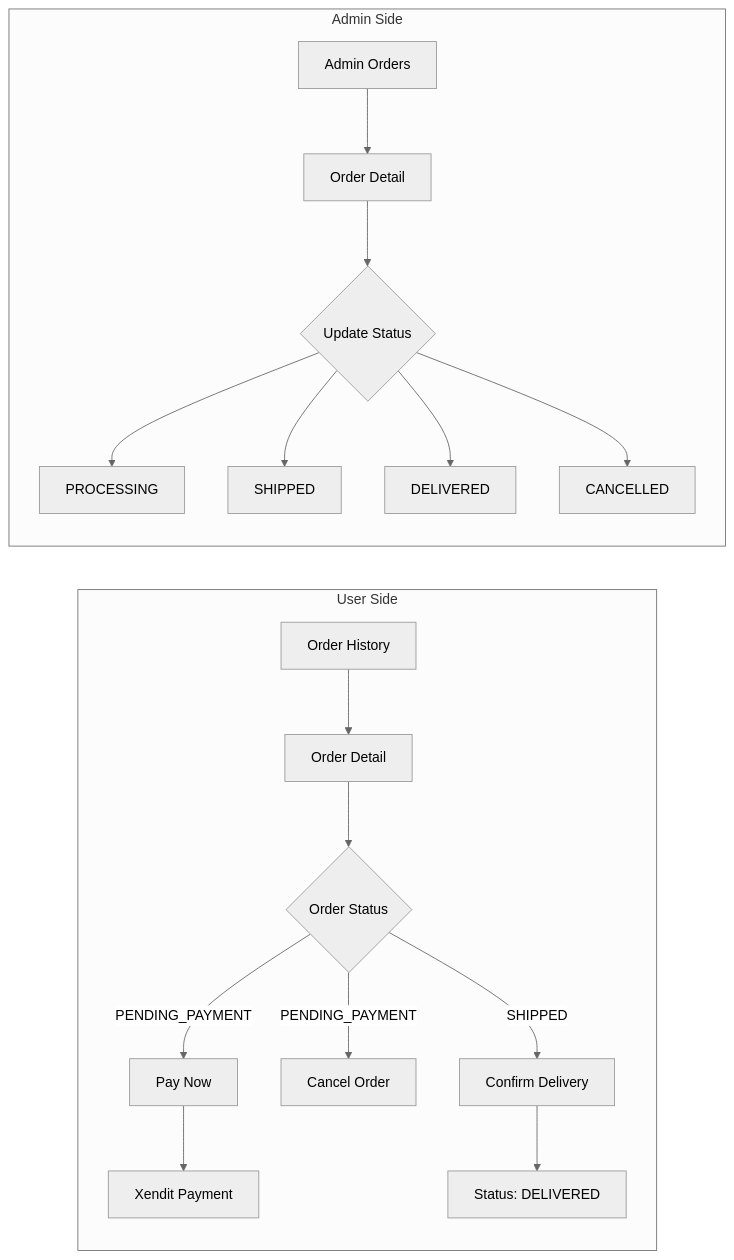
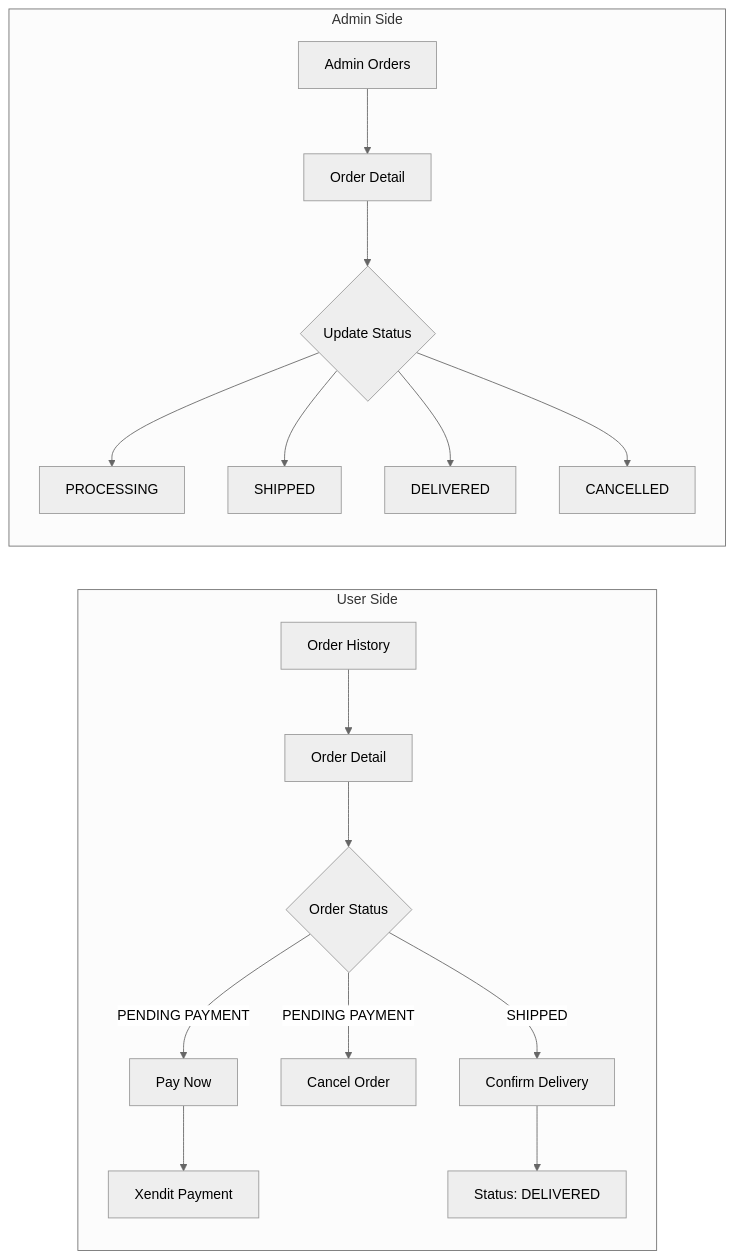
The fourth of 7 diagrams in FLOWCHART.md (Wannzh/greeceri-store-fe), drawn with Mermaid (neutral theme) before and after one commit. The commit also changed other lines of this file, not shown here.

Commit message:
Fix mermaid syntax in flowchart

````diff
--- a/FLOWCHART.md
+++ b/FLOWCHART.md
@@ -144,21 +144,21 @@
 ```mermaid
 flowchart LR
     subgraph User["User Side"]
         A[Order History] --> B[Order Detail]
         B --> C{Order Status}
-        C -->|PENDING_PAYMENT| D[Pay Now]
-        C -->|PENDING_PAYMENT| E[Cancel Order]
+        C -->|PENDING PAYMENT| D[Pay Now]
+        C -->|PENDING PAYMENT| E[Cancel Order]
         C -->|SHIPPED| F[Confirm Delivery]
         D --> G[Xendit Payment]
-        F --> H[Status: DELIVERED]
+        F --> H["Status: DELIVERED"]
     end
-    
+
     subgraph Admin["Admin Side"]
         I[Admin Orders] --> J[Order Detail]
         J --> K{Update Status}
         K --> L[PROCESSING]
         K --> M[SHIPPED]
         K --> N[DELIVERED]
         K --> O[CANCELLED]
     end
 ```
````
